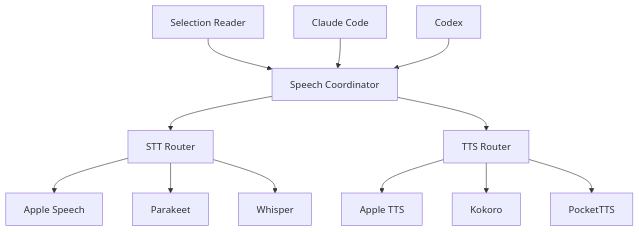
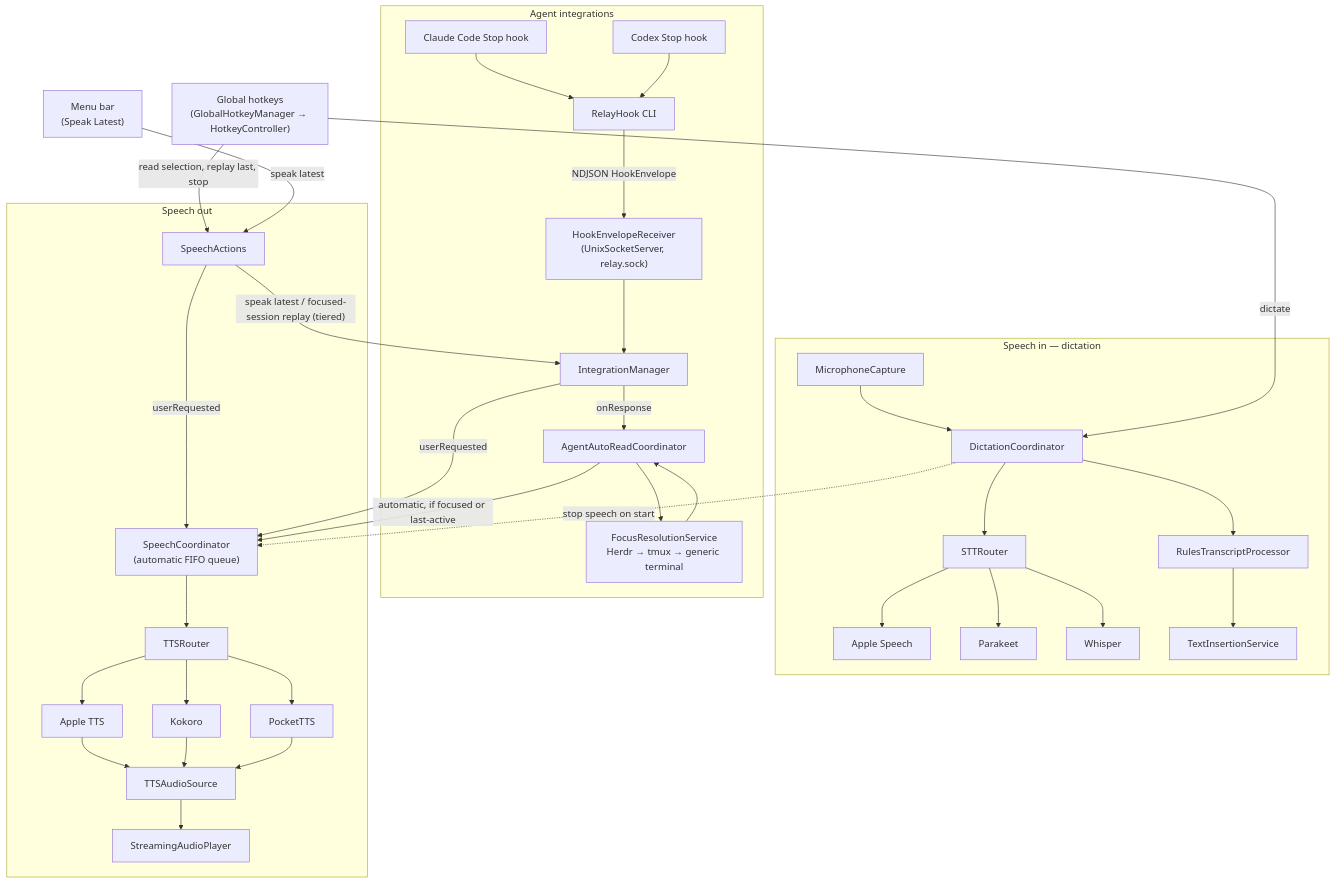
One commit to cupsadarius/relay changed the third of 4 diagrams in README.md. Above: the diagram before and after it, drawn with Mermaid. The commit also changed other lines of this file, not shown here.

Commit message:
docs(readme): correct architecture and add build & setup guide

````diff
--- a/README.md
+++ b/README.md
@@ -65,17 +70,67 @@
 ```mermaid
 flowchart TD
-    Selection[Selection Reader] --> Coord[Speech Coordinator]
-    Claude[Claude Code] --> Coord
-    Codex[Codex] --> Coord
+    Hotkeys["Global hotkeys<br/>(GlobalHotkeyManager → HotkeyController)"]
+    MenuBar["Menu bar<br/>(Speak Latest)"]
 
-    Coord --> STT[STT Router]
-    Coord --> TTS[TTS Router]
+    subgraph SpeechIn["Speech in — dictation"]
+        Dictation[DictationCoordinator]
+        Mic[MicrophoneCapture]
+        STT[STTRouter]
+        AppleSpeech[Apple Speech]
+        Parakeet[Parakeet]
+        Whisper[Whisper]
+        Rules[RulesTranscriptProcessor]
+        Insert[TextInsertionService]
+        Mic --> Dictation
+        Dictation --> STT
+        STT --> AppleSpeech
+        STT --> Parakeet
+        STT --> Whisper
+        Dictation --> Rules --> Insert
+    end
 
-    STT --> AppleSpeech[Apple Speech]
-    STT --> Parakeet[Parakeet]
-    STT --> Whisper[Whisper]
+    subgraph Agents["Agent integrations"]
+        Claude["Claude Code Stop hook"]
+        Codex["Codex Stop hook"]
+        Hook["RelayHook CLI"]
+        Receiver["HookEnvelopeReceiver<br/>(UnixSocketServer, relay.sock)"]
+        Manager[IntegrationManager]
+        AutoRead[AgentAutoReadCoordinator]
+        Focus["FocusResolutionService<br/>Herdr → tmux → generic terminal"]
+        Claude --> Hook
+        Codex --> Hook
+        Hook -->|"NDJSON HookEnvelope"| Receiver
+        Receiver --> Manager
+        Manager -->|"onResponse"| AutoRead
+        AutoRead --> Focus
+        Focus --> AutoRead
+    end
 
-    TTS --> AppleTTS[Apple TTS]
-    TTS --> Kokoro[Kokoro]
-    TTS --> PocketTTS[PocketTTS]
+    subgraph SpeechOut["Speech out"]
+        Actions[SpeechActions]
+        Coord["SpeechCoordinator<br/>(automatic FIFO queue)"]
+        TTS[TTSRouter]
+        AppleTTS[Apple TTS]
+        Kokoro[Kokoro]
+        PocketTTS[PocketTTS]
+        Source[TTSAudioSource]
+        Player[StreamingAudioPlayer]
+        Coord --> TTS
+        TTS --> AppleTTS
+        TTS --> Kokoro
+        TTS --> PocketTTS
+        AppleTTS --> Source
+        Kokoro --> Source
+        PocketTTS --> Source
+        Source --> Player
+    end
+
+    Hotkeys -->|"dictate"| Dictation
+    Hotkeys -->|"read selection, replay last, stop"| Actions
+    MenuBar -->|"speak latest"| Actions
+    Actions -->|"userRequested"| Coord
+    Actions -->|"speak latest / focused-session replay (tiered)"| Manager
+    Manager -->|"userRequested"| Coord
+    AutoRead -->|"automatic, if focused or last-active"| Coord
+    Dictation -.->|"stop speech on start"| Coord
 ```
````
